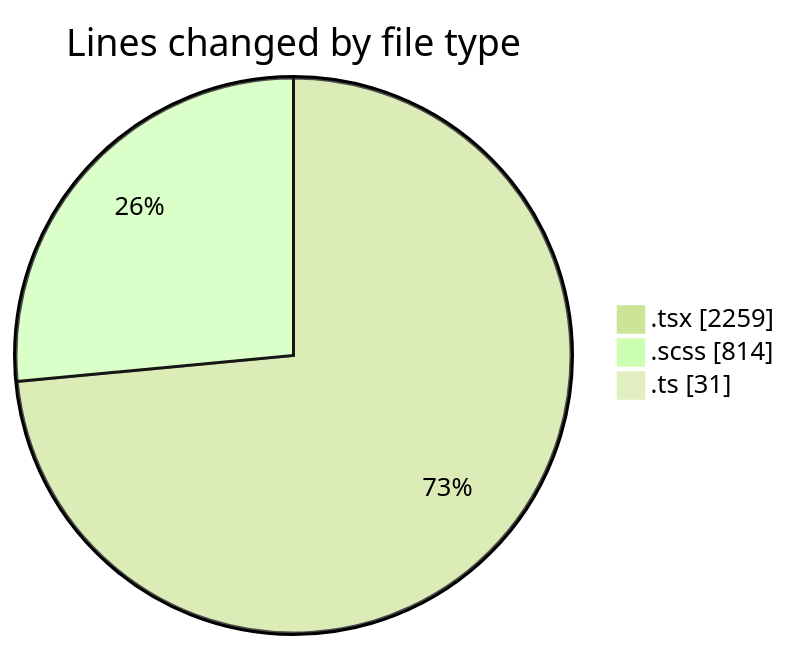
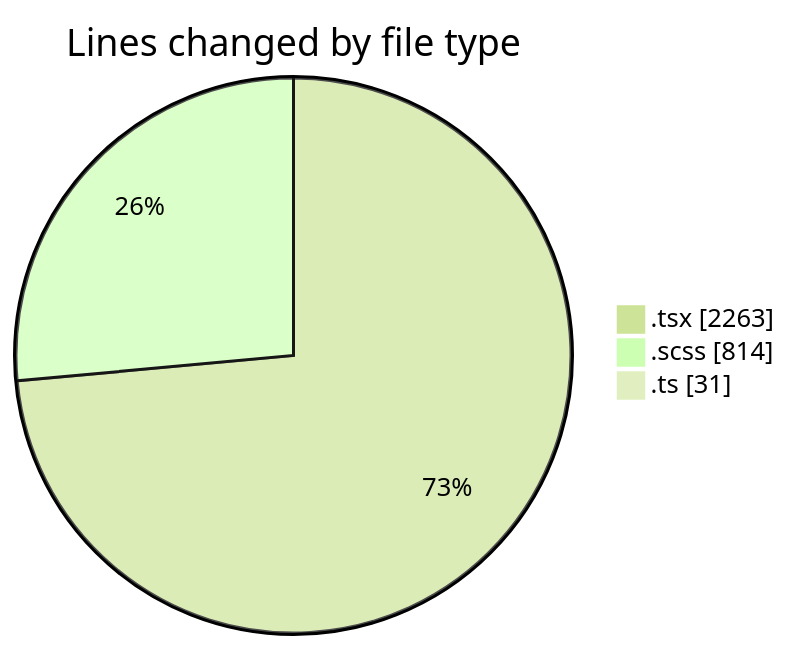
Before and after one commit to momahboobian/code-tracking: the first of 2 diagrams in 2025-04-07/cda/README.md, drawn with Mermaid (forest theme). The commit also changed other lines of this file and 1 other file, not shown here.

````diff
--- a/2025-04-07/cda/README.md
+++ b/2025-04-07/cda/README.md
@@ -32,7 +32,7 @@
 ```mermaid
 pie showData
 title Lines changed by file type
-".tsx" : 2259
+".tsx" : 2263
 ".scss" : 814
 ".ts" : 31
 ```
````
